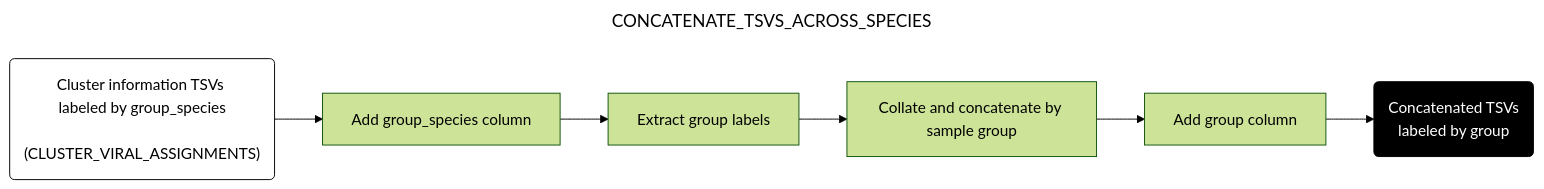
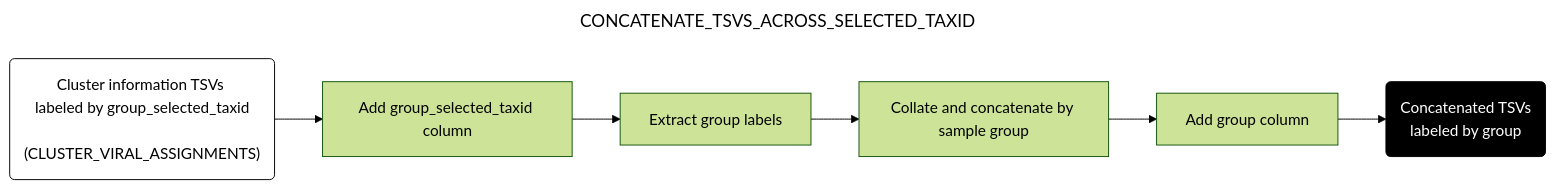
The eighth of 11 diagrams in docs/downstream.md (naobservatory/mgs-workflow), drawn with Mermaid (forest theme) before and after one commit. The commit also changed other lines of this file and 8 other files, not shown here.

````diff
--- a/docs/downstream.md
+++ b/docs/downstream.md
@@ -306,15 +306,15 @@
 ```mermaid
 ---
-title: CONCATENATE_TSVS_ACROSS_SPECIES
+title: CONCATENATE_TSVS_ACROSS_SELECTED_TAXID
 config:
   layout: horizontal
 ---
 flowchart LR
-A("Cluster information TSVs <br> labeled by group_species <br> (CLUSTER_VIRAL_ASSIGNMENTS)") --> B[Add group_species column]
+A("Cluster information TSVs <br> labeled by group_selected_taxid <br> (CLUSTER_VIRAL_ASSIGNMENTS)") --> B[Add group_selected_taxid column]
 B --> C[Extract group labels]
 C --> D[Collate and concatenate by sample group]
 D --> E[Add group column]
 E --> F(Concatenated TSVs <br> labeled by group)
 style A fill:#fff,stroke:#000
 style F fill:#000,color:#fff,stroke:#000
 ```
````
